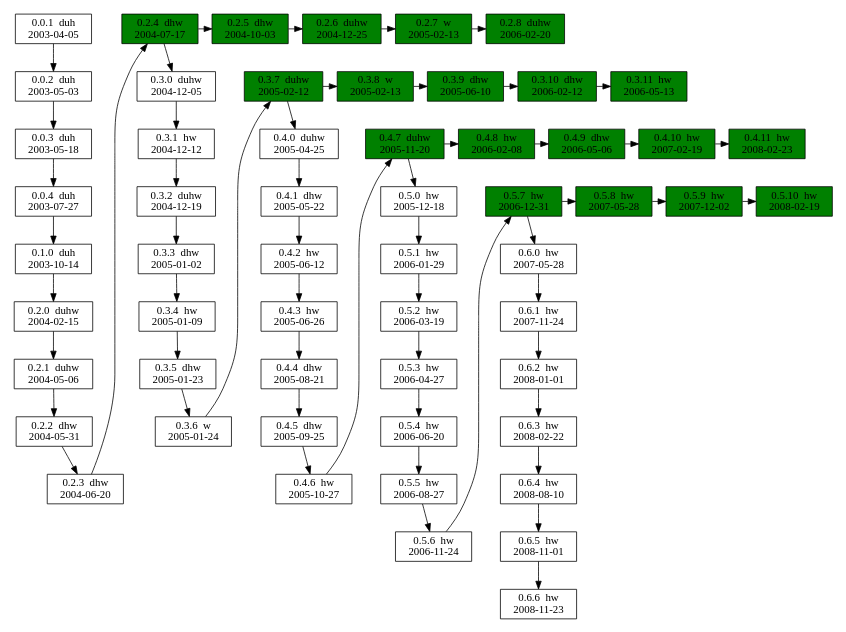
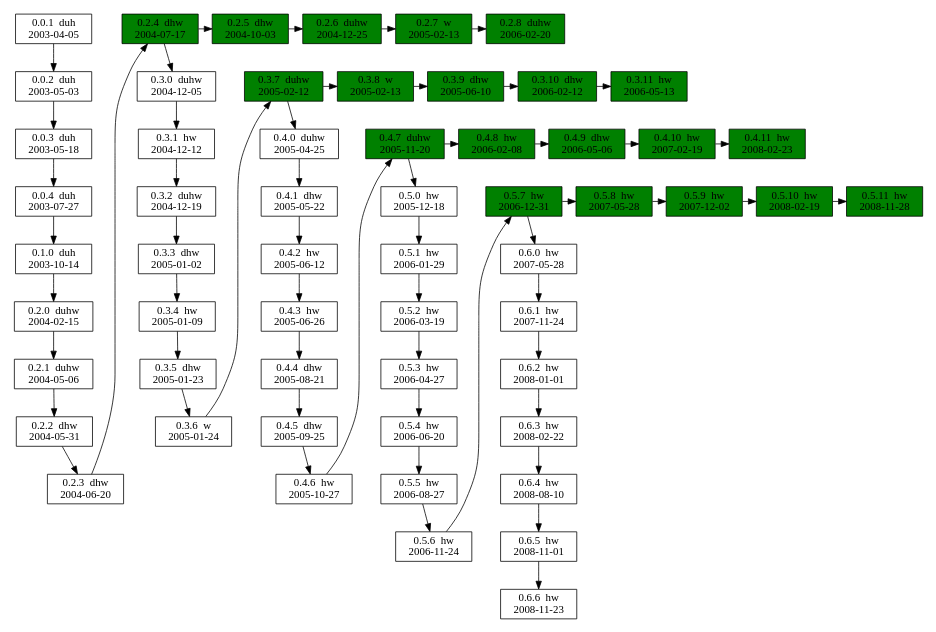
Before and after one commit to vanhoefm/krackattacks-scripts: the diagram in www/versions.dot, drawn with Graphviz. The commit also changed 4 other files, not shown here.

```diff
--- a/www/versions.dot
+++ b/www/versions.dot
@@ -1,100 +1,101 @@
 digraph versions {
 	size="10,6"
 #	rankdir=LR
 
 # development releases
 
 	node [shape=box]
 	v001 [label="0.0.1  duh\n2003-04-05"]
 	v002 [label="0.0.2  duh\n2003-05-03"]
 	v003 [label="0.0.3  duh\n2003-05-18"]
 	v004 [label="0.0.4  duh\n2003-07-27"]
 	v010 [label="0.1.0  duh\n2003-10-14"]
 	v020 [label="0.2.0  duhw\n2004-02-15"]
 	v021 [label="0.2.1  duhw\n2004-05-06"]
 	v022 [label="0.2.2  dhw\n2004-05-31"]
 	v023 [label="0.2.3  dhw\n2004-06-20"]
 	v030 [label="0.3.0  duhw\n2004-12-05"]
 	v031 [label="0.3.1  hw\n2004-12-12"]
 	v032 [label="0.3.2  duhw\n2004-12-19"]
 	v033 [label="0.3.3  dhw\n2005-01-02"]
 	v034 [label="0.3.4  hw\n2005-01-09"]
 	v035 [label="0.3.5  dhw\n2005-01-23"]
 	v036 [label="0.3.6  w\n2005-01-24"]
 
 	v040 [label="0.4.0  duhw\n2005-04-25"]
 	v041 [label="0.4.1  dhw\n2005-05-22"]
 	v042 [label="0.4.2  hw\n2005-06-12"]
 	v043 [label="0.4.3  hw\n2005-06-26"]
 	v044 [label="0.4.4  dhw\n2005-08-21"]
 	v045 [label="0.4.5  dhw\n2005-09-25"]
 	v046 [label="0.4.6  hw\n2005-10-27"]
 	v050 [label="0.5.0  hw\n2005-12-18"]
 	v051 [label="0.5.1  hw\n2006-01-29"]
 	v052 [label="0.5.2  hw\n2006-03-19"]
 	v053 [label="0.5.3  hw\n2006-04-27"]
 	v054 [label="0.5.4  hw\n2006-06-20"]
 	v055 [label="0.5.5  hw\n2006-08-27"]
 	v056 [label="0.5.6  hw\n2006-11-24"]
 	v060 [label="0.6.0  hw\n2007-05-28"]
 	v061 [label="0.6.1  hw\n2007-11-24"]
 	v062 [label="0.6.2  hw\n2008-01-01"]
 	v063 [label="0.6.3  hw\n2008-02-22"]
 	v064 [label="0.6.4  hw\n2008-08-10"]
 	v065 [label="0.6.5  hw\n2008-11-01"]
 	v066 [label="0.6.6  hw\n2008-11-23"]
 
 # stable releases
 
 	node [fillcolor=green style=filled]
 	v024 [label="0.2.4  dhw\n2004-07-17"]
 	v025 [label="0.2.5  dhw\n2004-10-03"]
 	v026 [label="0.2.6  duhw\n2004-12-25"]
 	v027 [label="0.2.7  w\n2005-02-13"]
 	v028 [label="0.2.8  duhw\n2006-02-20"]
 	v037 [label="0.3.7  duhw\n2005-02-12"]
 	v038 [label="0.3.8  w\n2005-02-13"]
 	v039 [label="0.3.9  dhw\n2005-06-10"]
 	v0310 [label="0.3.10  dhw\n2006-02-12"]
 	v0311 [label="0.3.11  hw\n2006-05-13"]
 	v047 [label="0.4.7  duhw\n2005-11-20"]
 	v048 [label="0.4.8  hw\n2006-02-08"]
 	v049 [label="0.4.9  dhw\n2006-05-06"]
 	v0410 [label="0.4.10  hw\n2007-02-19"]
 	v0411 [label="0.4.11  hw\n2008-02-23"]
 	v057 [label="0.5.7  hw\n2006-12-31"]
 	v058 [label="0.5.8  hw\n2007-05-28"]
 	v059 [label="0.5.9  hw\n2007-12-02"]
 	v0510 [label="0.5.10  hw\n2008-02-19"]
+	v0511 [label="0.5.11  hw\n2008-11-28"]
 
 # development releases
 
 	v001 -> v002 -> v003 -> v004
 	v004 -> v010 -> v020 -> v021 -> v022 -> v023 -> v024
 	v024 -> v030 -> v031 -> v032 -> v033 -> v034 -> v035 -> v036 -> v037
 	v037 -> v040 -> v041 -> v042 -> v043 -> v044 -> v045 -> v046 -> v047
 	v047 -> v050 -> v051 -> v052 -> v053 -> v054 -> v055 -> v056 -> v057
 	v057 -> v060 -> v061 -> v062 -> v063 -> v064 -> v065 -> v066
 
 	{rank=same; v001 v024}
 	{rank=same; v030 v037}
 	{rank=same; v040 v047}
 	{rank=same; v050 v057}
 #	{rank=same; v060 v066}
 
 # stable releases
 
 	v024 -> v025 -> v026 -> v027 -> v028
 	v037 -> v038 -> v039 -> v0310 -> v0311
 	v047 -> v048 -> v049 -> v0410 -> v0411
-	v057 -> v058 -> v059 -> v0510
+	v057 -> v058 -> v059 -> v0510 -> v0511
 
 	{rank=same; v024 v025 v026 v027 v028}
 	{rank=same; v037 v038 v039 v0310 v0311}
 	{rank=same; v047 v048 v049 v0410 v0411}
-	{rank=same; v057 v058 v059 v0510}
+	{rank=same; v057 v058 v059 v0510 v0511}
 
 #	edge [style=dashed,color=red]
 #	v030 -> v036
 
 }
```
